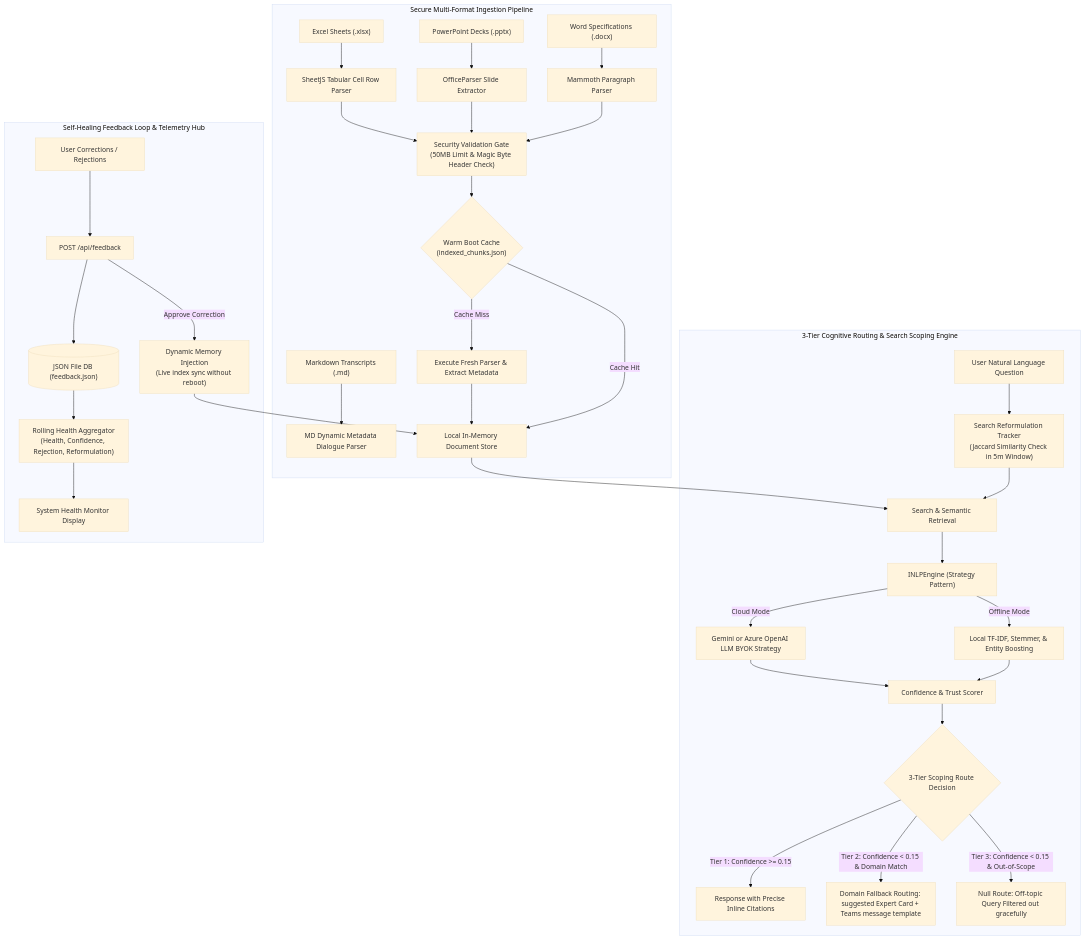
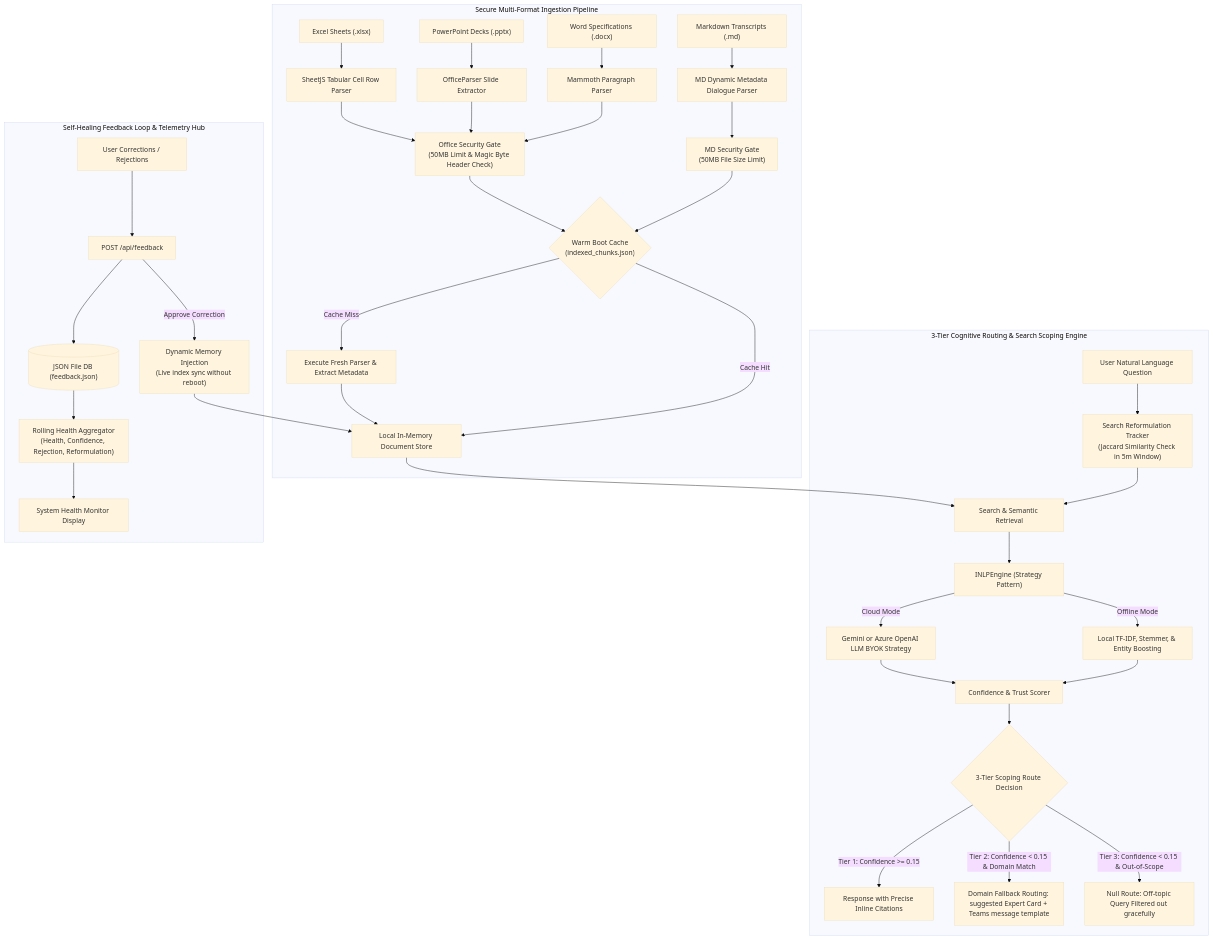
The first of 3 diagrams in docs/ARCHITECTURE.md (ksvarre/AetherGrid-Technologies), drawn with Mermaid (base theme) before and after one commit. The commit also changed other lines of this file and 18 other files, not shown here.

````diff
--- a/docs/ARCHITECTURE.md
+++ b/docs/ARCHITECTURE.md
@@ -10,47 +10,48 @@
 ```mermaid
 graph TD
     %% Ingestion Pipeline
     subgraph Ingestion ["Secure Multi-Format Ingestion Pipeline"]
         MD_Files["Markdown Transcripts (.md)"] --> MD_P["MD Dynamic Metadata Dialogue Parser"]
         DOCX_Files["Word Specifications (.docx)"] --> Word_P["Mammoth Paragraph Parser"]
         PPTX_Files["PowerPoint Decks (.pptx)"] --> PPTX_P["OfficeParser Slide Extractor"]
         XLSX_Files["Excel Sheets (.xlsx)"] --> XLSX_P["SheetJS Tabular Cell Row Parser"]
         
-        Word_P & PPTX_P & XLSX_P --> SecurityGate["Security Validation Gate<br>(50MB Limit & Magic Byte Header Check)"]
-        SecurityGate --> CacheCheck{"Warm Boot Cache<br>(indexed_chunks.json)"}
+        MD_P --> MD_SecurityGate["MD Security Gate<br>(50MB File Size Limit)"]
+        Word_P & PPTX_P & XLSX_P --> SecurityGate["Office Security Gate<br>(50MB Limit & Magic Byte Header Check)"]
+        MD_SecurityGate & SecurityGate --> CacheCheck{"Warm Boot Cache<br>(indexed_chunks.json)"}
         CacheCheck -->|Cache Hit| DocIndex["Local In-Memory Document Store"]
         CacheCheck -->|Cache Miss| RawParse["Execute Fresh Parser & Extract Metadata"]
         RawParse --> DocIndex
     end
 
     %% Search and Retrieval
     subgraph SearchAPI ["3-Tier Cognitive Routing & Search Scoping Engine"]
         UserQuery["User Natural Language Question"] --> RefCheck["Search Reformulation Tracker<br>(Jaccard Similarity Check in 5m Window)"]
         RefCheck --> QueryParser["Search & Semantic Retrieval"]
         DocIndex --> QueryParser
         
         QueryParser --> NLPEngine["INLPEngine (Strategy Pattern)"]
         
         NLPEngine -->|Offline Mode| LocalNLP["Local TF-IDF, Stemmer, & Entity Boosting"]
         NLPEngine -->|Cloud Mode| CloudNLP["Gemini or Azure OpenAI LLM BYOK Strategy"]
         
         LocalNLP & CloudNLP --> Scorer["Confidence & Trust Scorer"]
         
         Scorer --> RouteDecision{"3-Tier Scoping Route Decision"}
         RouteDecision -->|Tier 1: Confidence >= 0.15| HighConf["Response with Precise Inline Citations"]
         RouteDecision -->|Tier 2: Confidence < 0.15 & Domain Match| LowConf["Domain Fallback Routing: suggested Expert Card + Teams message template"]
         RouteDecision -->|Tier 3: Confidence < 0.15 & Out-of-Scope| NullRoute["Null Route: Off-topic Query Filtered out gracefully"]
     end
 
     %% Self Healing
     subgraph SelfHealing ["Self-Healing Feedback Loop & Telemetry Hub"]
         UIFeedback["User Corrections / Rejections"] --> FeedbackAPI["POST /api/feedback"]
         FeedbackAPI --> LocalJSONDB[("JSON File DB (feedback.json)")]
         
         LocalJSONDB --> QualityMon["Rolling Health Aggregator<br>(Health, Confidence, Rejection, Reformulation)"]
         QualityMon --> HealthDashboard["System Health Monitor Display"]
         
         FeedbackAPI -->|Approve Correction| RAMSync["Dynamic Memory Injection<br>(Live index sync without reboot)"]
         RAMSync --> DocIndex
     end
 ```
````
